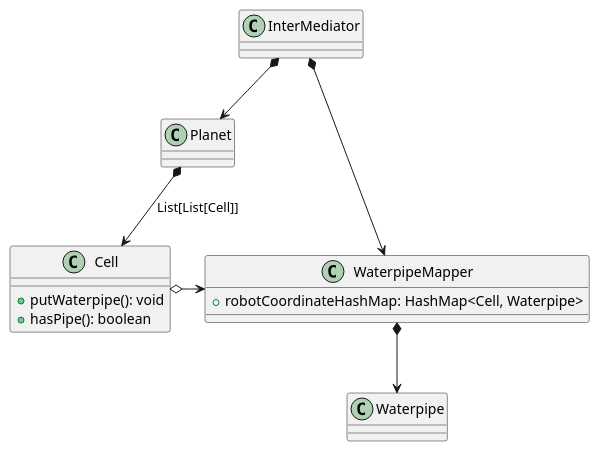
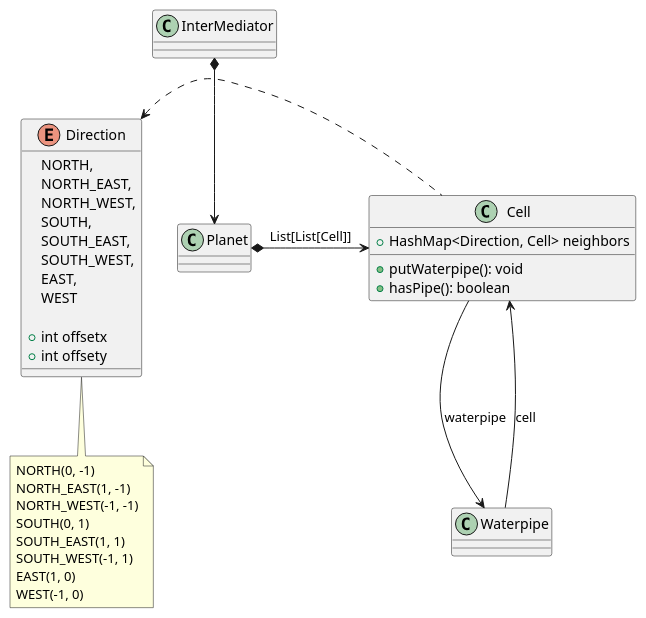
Before and after one commit to LEBOCQTitouan/ia-ensicaen-colonisation: the diagram in uml/class diagram/model/Waterpipes.puml, drawn with PlantUML.

Commit message:
Waterpipe revision

```diff
--- a/uml/class diagram/model/Waterpipes.puml
+++ b/uml/class diagram/model/Waterpipes.puml
@@ -1,24 +1,47 @@
 @startuml
 'https://plantuml.com/class-diagram
 
 class InterMediator
-
 class Planet
 class Cell {
+    + HashMap<Direction, Cell> neighbors
     + putWaterpipe(): void
     + hasPipe(): boolean
 }
 
-class WaterpipeMapper {
-    + robotCoordinateHashMap: HashMap<Cell, Waterpipe>
-}
 class Waterpipe
 
-Planet *--> Cell : List[List[Cell]]
-WaterpipeMapper *--> Waterpipe
-Cell o-> WaterpipeMapper
+
+enum Direction {
+    NORTH,
+    NORTH_EAST,
+    NORTH_WEST,
+    SOUTH,
+    SOUTH_EAST,
+    SOUTH_WEST,
+    EAST,
+    WEST
+
+    + int offsetx
+    + int offsety
+}
+note bottom of Direction
+    NORTH(0, -1)
+    NORTH_EAST(1, -1)
+    NORTH_WEST(-1, -1)
+    SOUTH(0, 1)
+    SOUTH_EAST(1, 1)
+    SOUTH_WEST(-1, 1)
+    EAST(1, 0)
+    WEST(-1, 0)
+end note
+
+Direction <. Cell
 
 InterMediator *--> Planet
-InterMediator *--> WaterpipeMapper
+Waterpipe --> Cell : cell
+Cell --> Waterpipe : waterpipe
+Planet *-> Cell : List[List[Cell]]
+
 
 @enduml
```
